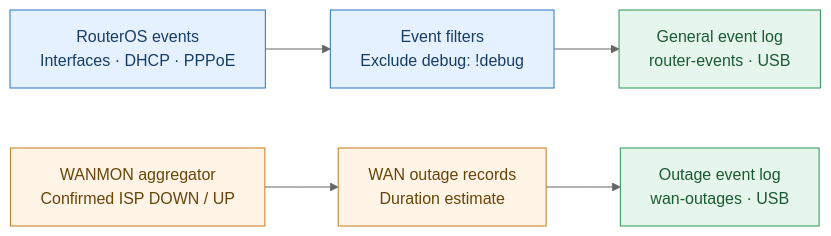
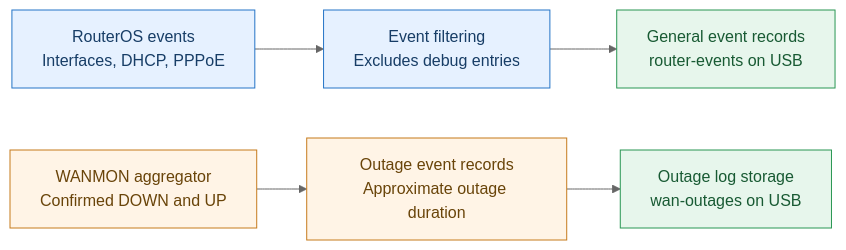
One commit to london36/mikrotik-dualwan-pcc-failover-monitoring changed the diagram in docs/mermaid-logging-preview.md. Above: the diagram before and after it, drawn with Mermaid (neutral theme). The commit also changed other lines of this file, not shown here.

Commit message:
docs: fix Mermaid label centering by removing forced widths

````diff
--- a/docs/mermaid-logging-preview.md
+++ b/docs/mermaid-logging-preview.md
@@ -7,21 +7,20 @@
 ```mermaid
-%%{init: {"flowchart": {"htmlLabels": false, "minNodeWidth": 300, "nodeSpacing": 60, "rankSpacing": 65, "curve": "linear"}}}%%
 flowchart LR
-    E["RouterOS events<br/>Interfaces · DHCP · PPPoE"]
-    F["Event filters<br/>Exclude debug: !debug"]
-    G["General event log<br/>router-events · USB"]
+    E["RouterOS events<br/>Interfaces, DHCP, PPPoE"]
+    F["Event filtering<br/>Excludes debug entries"]
+    G["General event records<br/>router-events on USB"]
 
-    W["WANMON aggregator<br/>Confirmed ISP DOWN / UP"]
-    R["WAN outage records<br/>Duration estimate"]
-    U["Outage event log<br/>wan-outages · USB"]
+    W["WANMON aggregator<br/>Confirmed DOWN and UP"]
+    R["Outage event records<br/>Approximate outage duration"]
+    U["Outage log storage<br/>wan-outages on USB"]
 
     E --> F --> G
     W --> R --> U
 
     classDef general fill:#e6f1ff,stroke:#2474c7,color:#173d66
     classDef outage fill:#fff4e6,stroke:#c67a1b,color:#694409
     classDef storage fill:#e7f6ec,stroke:#299653,color:#185a33
     class E,F general
     class W,R outage
     class G,U storage
 ```
````
